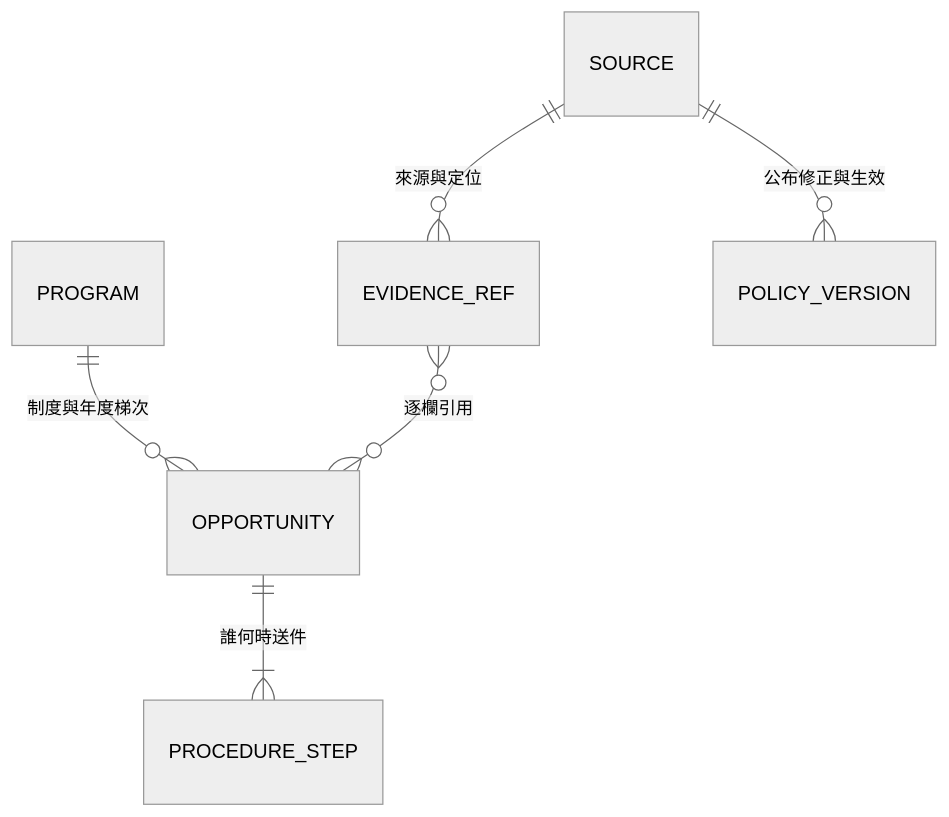
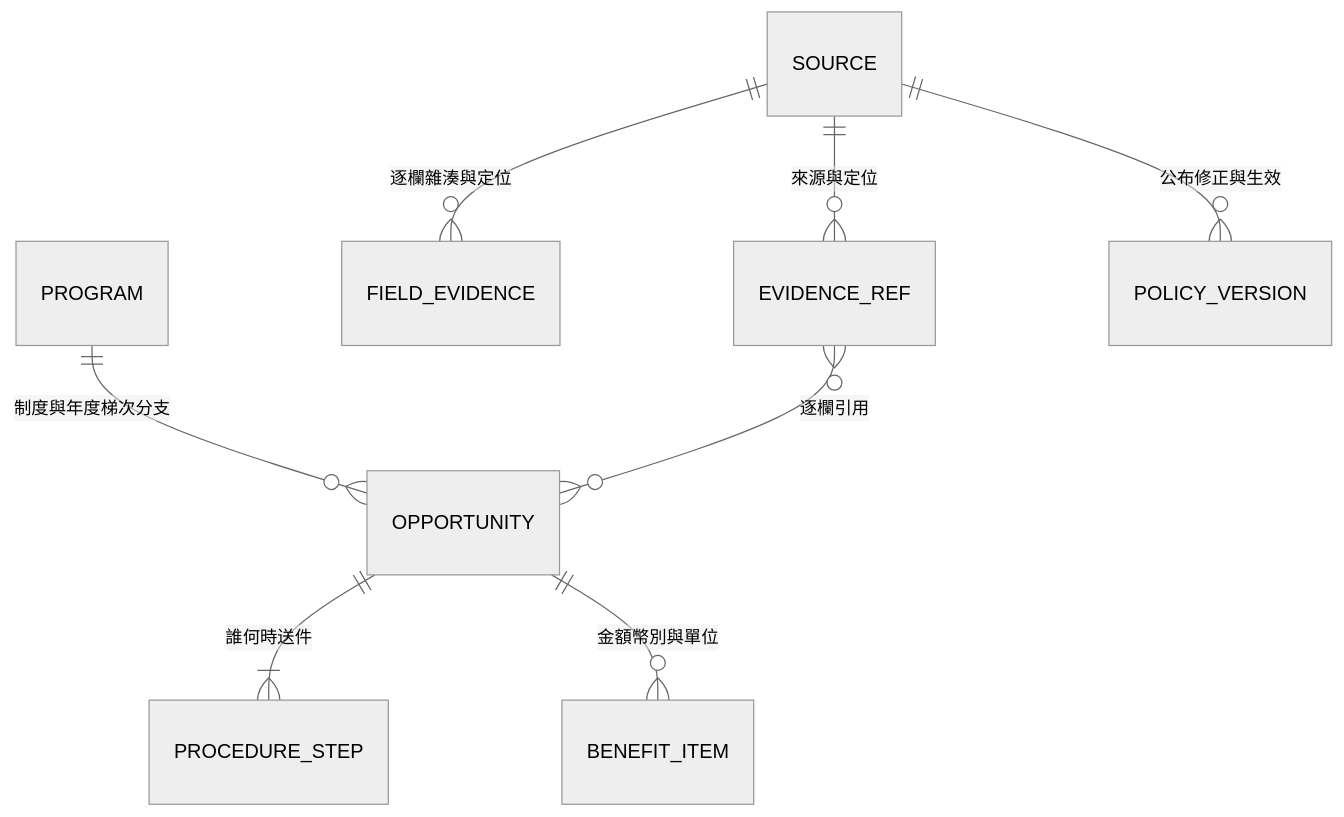
The diagram in docs/DATA-CONTRACT.md (matt-ye/opengsa), drawn with Mermaid (neutral theme) before and after one commit. The commit also changed other lines of this file and 15 other files, not shown here.

Commit message:
feat: implement candidate schema, structured extraction, independent verification, and deadline/eligibility engine

````diff
--- a/docs/DATA-CONTRACT.md
+++ b/docs/DATA-CONTRACT.md
@@ -7,8 +7,10 @@
 ```mermaid
 erDiagram
   SOURCE ||--o{ EVIDENCE_REF : "來源與定位"
-  PROGRAM ||--o{ OPPORTUNITY : "制度與年度梯次"
+  SOURCE ||--o{ FIELD_EVIDENCE : "逐欄雜湊與定位"
+  PROGRAM ||--o{ OPPORTUNITY : "制度與年度梯次分支"
   OPPORTUNITY ||--|{ PROCEDURE_STEP : "誰何時送件"
+  OPPORTUNITY ||--o{ BENEFIT_ITEM : "金額幣別與單位"
   EVIDENCE_REF }o--o{ OPPORTUNITY : "逐欄引用"
   SOURCE ||--o{ POLICY_VERSION : "公布修正與生效"
 ```
````
